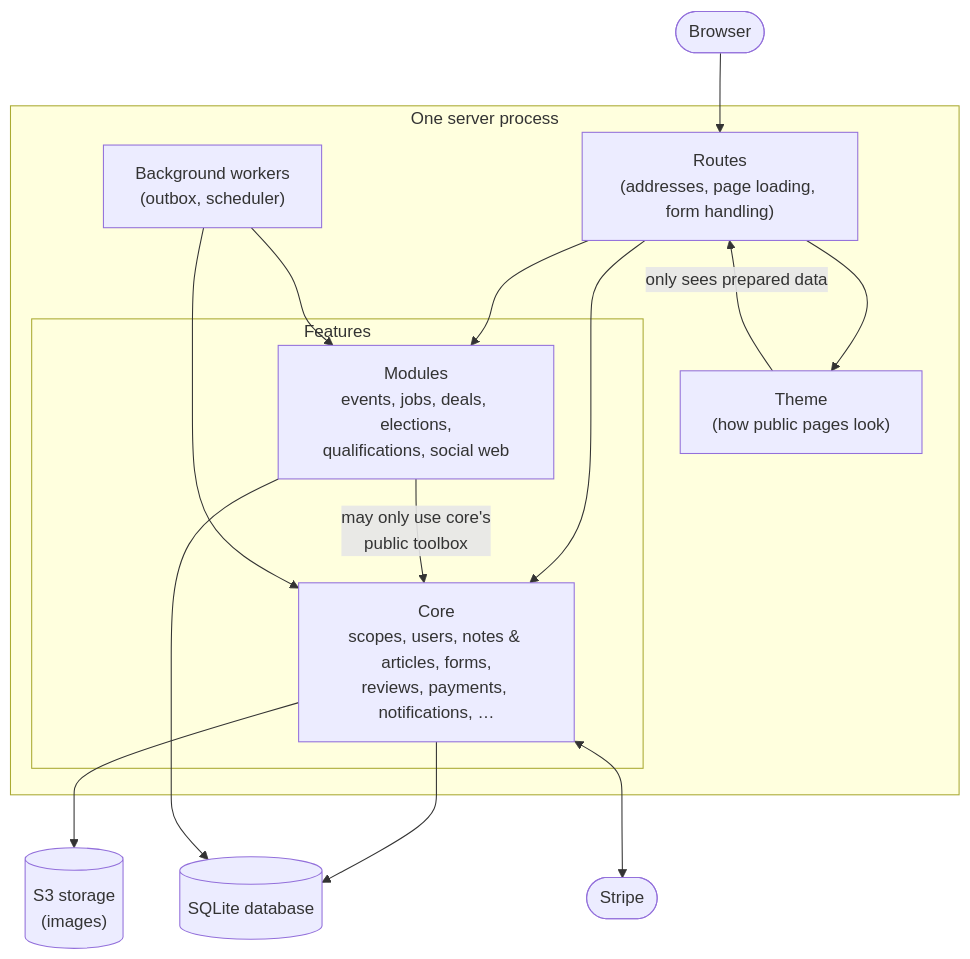
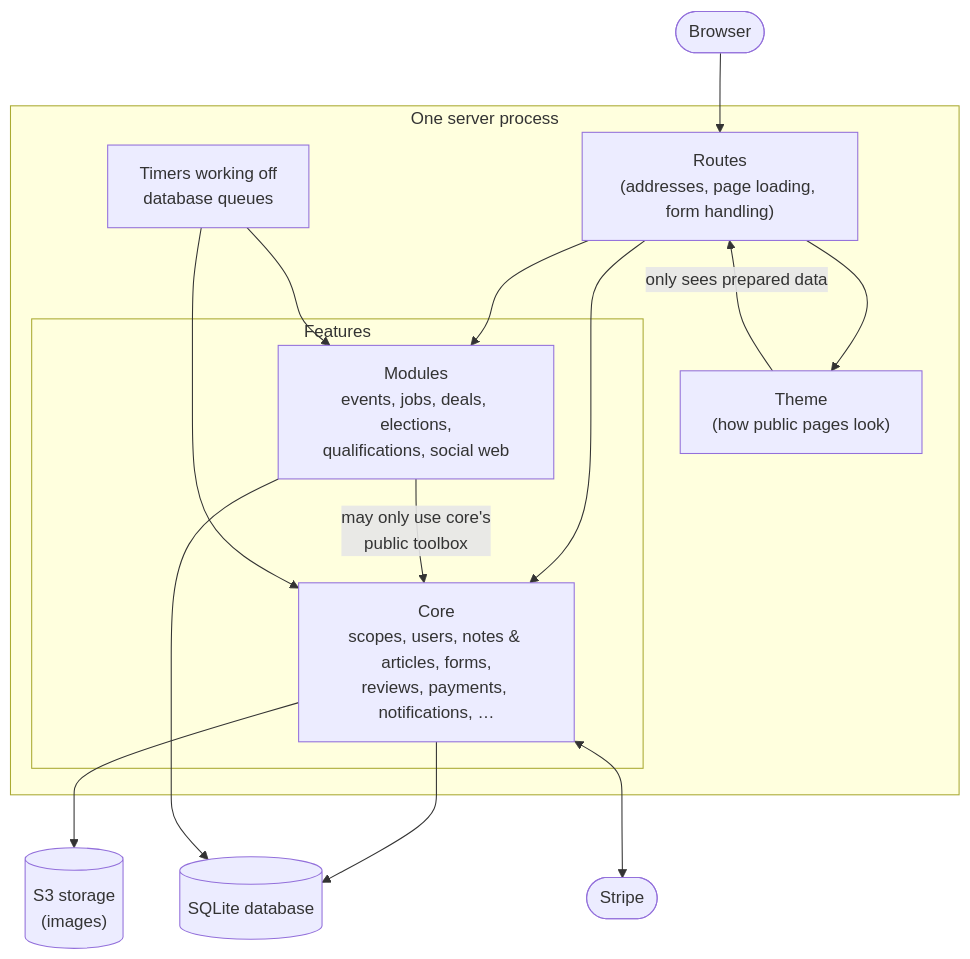
One commit to Konkrad/cms changed the first of 2 diagrams in src/core/registry/features/application-structure.md. Above: the diagram before and after it, drawn with Mermaid. The commit also changed 2 other files, not shown here.

Commit message:
Feature notes: background jobs are timers working off database queues
Refs #52

````diff
--- a/src/core/registry/features/application-structure.md
+++ b/src/core/registry/features/application-structure.md
@@ -16,28 +16,28 @@
 ```mermaid
 flowchart TB
     browser(["Browser"])
     subgraph app ["One server process"]
         routes["Routes<br/>(addresses, page loading, form handling)"]
         theme["Theme<br/>(how public pages look)"]
         subgraph features ["Features"]
             core["Core<br/>scopes, users, notes & articles, forms,<br/>reviews, payments, notifications, …"]
             modules["Modules<br/>events, jobs, deals, elections,<br/>qualifications, social web"]
         end
-        workers["Background workers<br/>(outbox, scheduler)"]
+        workers["Timers working off<br/>database queues"]
     end
     db[("SQLite database")]
     s3[("S3 storage<br/>(images)")]
     stripe(["Stripe"])
     browser --> routes
     routes --> theme
     routes --> core
     routes --> modules
     modules -- "may only use core's<br/>public toolbox" --> core
     theme -- "only sees prepared data" --> routes
     core --> db
     modules --> db
     core --> s3
     core <--> stripe
     workers --> core
     workers --> modules
 ```
````
